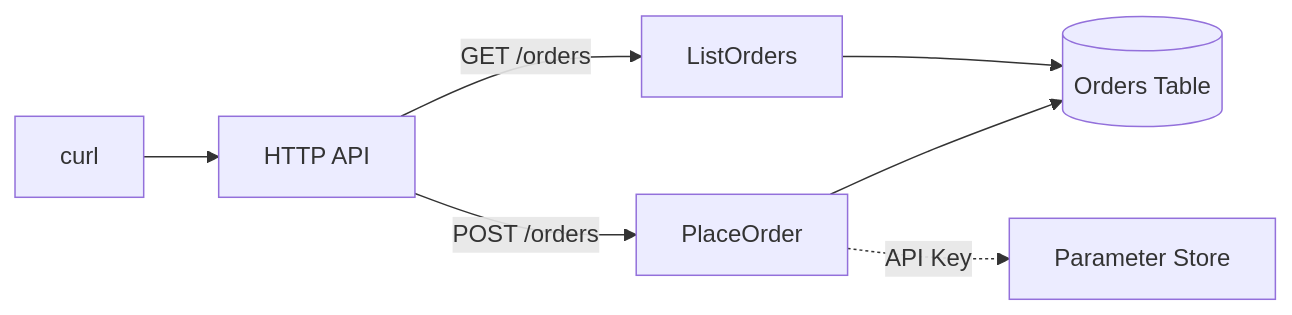
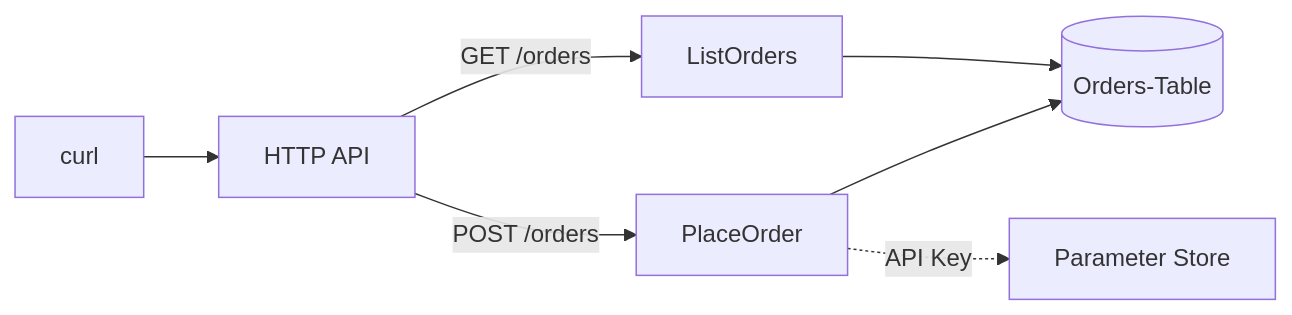
The diagram in exercises/17-aws-lab-end-to-end/README.md (MikeBild/introduction-aws), drawn with Mermaid before and after one commit. The commit also changed other lines of this file and 35 other files, not shown here.

````diff
--- a/exercises/17-aws-lab-end-to-end/README.md
+++ b/exercises/17-aws-lab-end-to-end/README.md
@@ -9,9 +9,9 @@
 ```mermaid
 flowchart LR
   c["curl"] --> api["HTTP API"]
   api -- "POST /orders" --> place["PlaceOrder"]
   api -- "GET /orders" --> list["ListOrders"]
-  place --> t[("Orders Table")]
+  place --> t[("Orders-Table")]
   list --> t
   place -. "API Key" .-> s["Parameter Store"]
 ```
````
